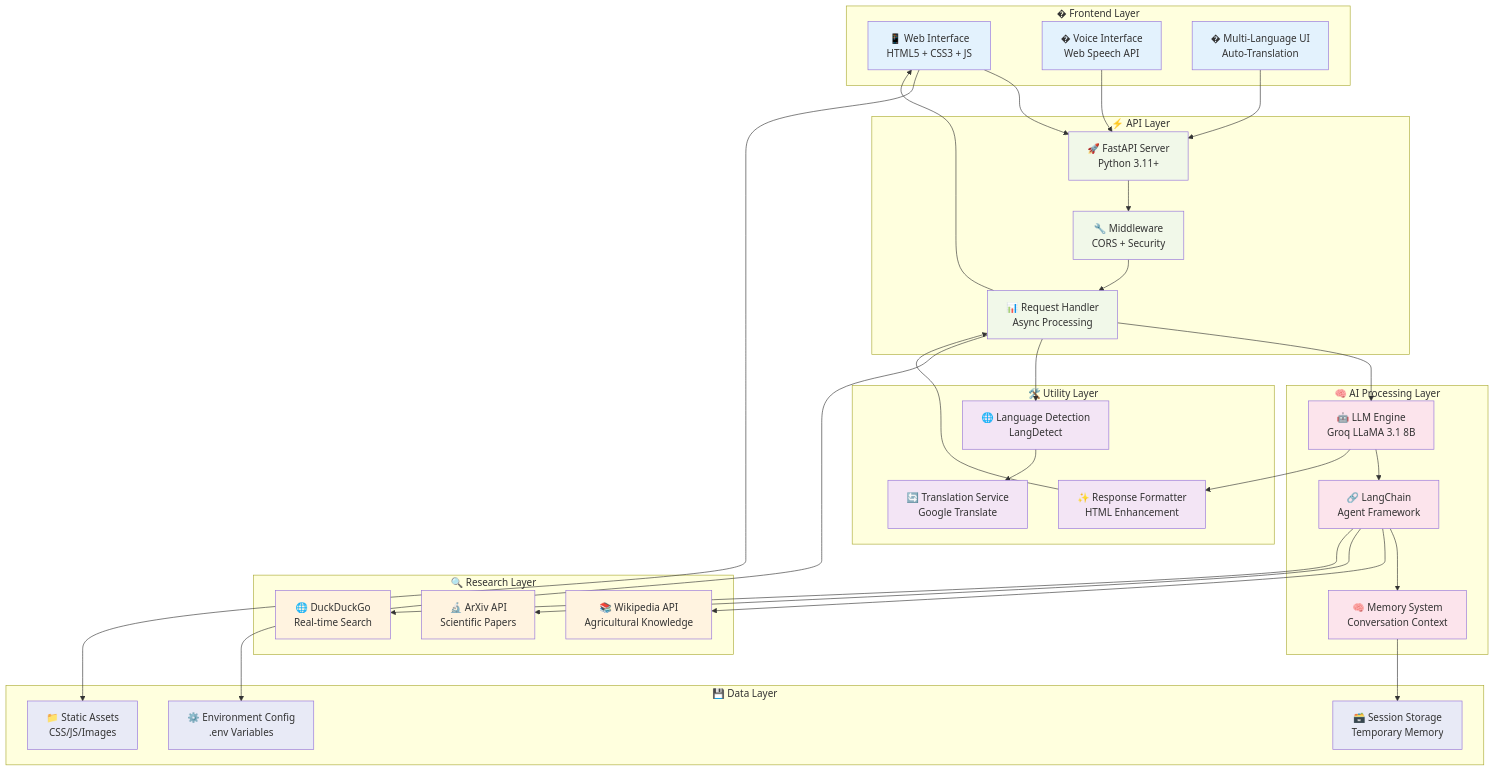
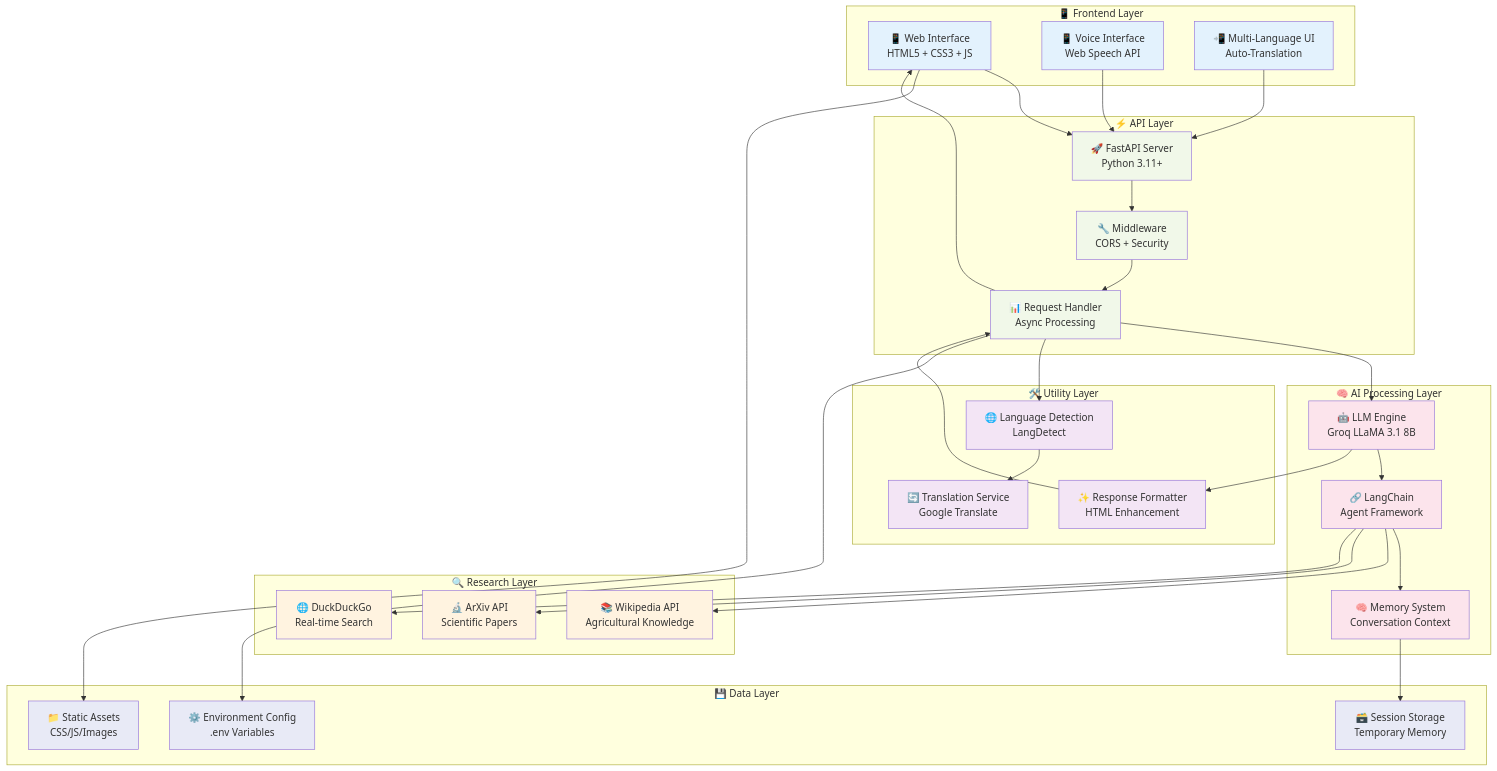
One commit to Rafi-uzzaman/RootSource changed the second of 4 diagrams in README.md. Above: the diagram before and after it, drawn with Mermaid. The commit also changed other lines of this file, not shown here.

````diff
--- a/README.md
+++ b/README.md
@@ -281,9 +281,9 @@
 ```mermaid
 graph TB
-    subgraph "� Frontend Layer"
+    subgraph "📱 Frontend Layer"
         A[📱 Web Interface<br/>HTML5 + CSS3 + JS]
-        B[�️ Voice Interface<br/>Web Speech API]
-        C[� Multi-Language UI<br/>Auto-Translation]
+        B[📱 Voice Interface<br/>Web Speech API]
+        C[📲 Multi-Language UI<br/>Auto-Translation]
     end
     
     subgraph "⚡ API Layer"
````
